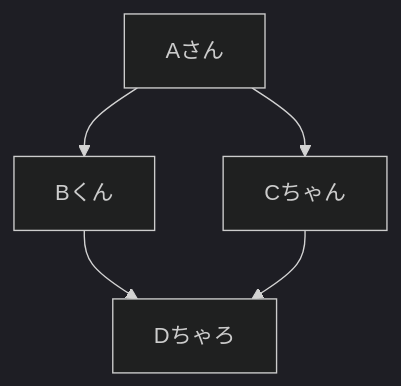
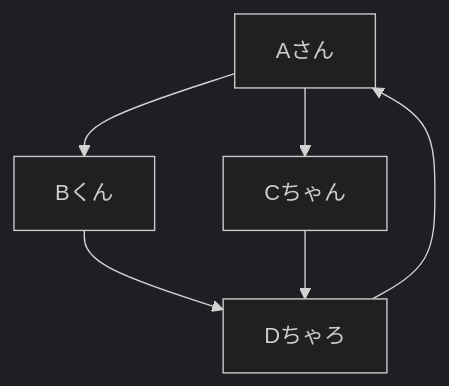
The diagram in README.md (komasn/komasn), drawn with Mermaid (dark theme) before and after one commit.

````diff
--- a/README.md
+++ b/README.md
@@ -12,7 +12,8 @@
 ```mermaid
   graph TD;
       ID1[Aさん]-->ID2[Bくん];
       ID1-->ID3[Cちゃん];
       ID2-->ID4[Dちゃろ];
       ID3-->ID4;
+      ID4-->ID1;
 ```
````
